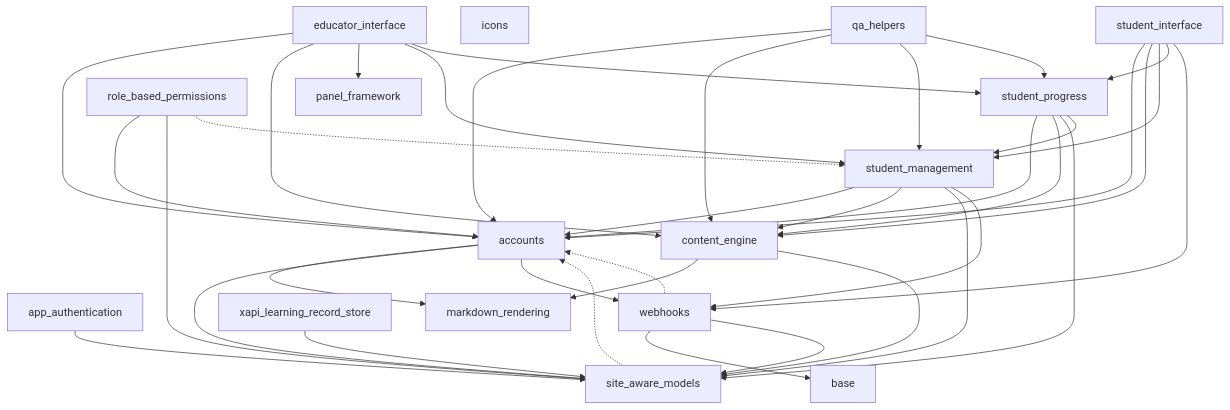
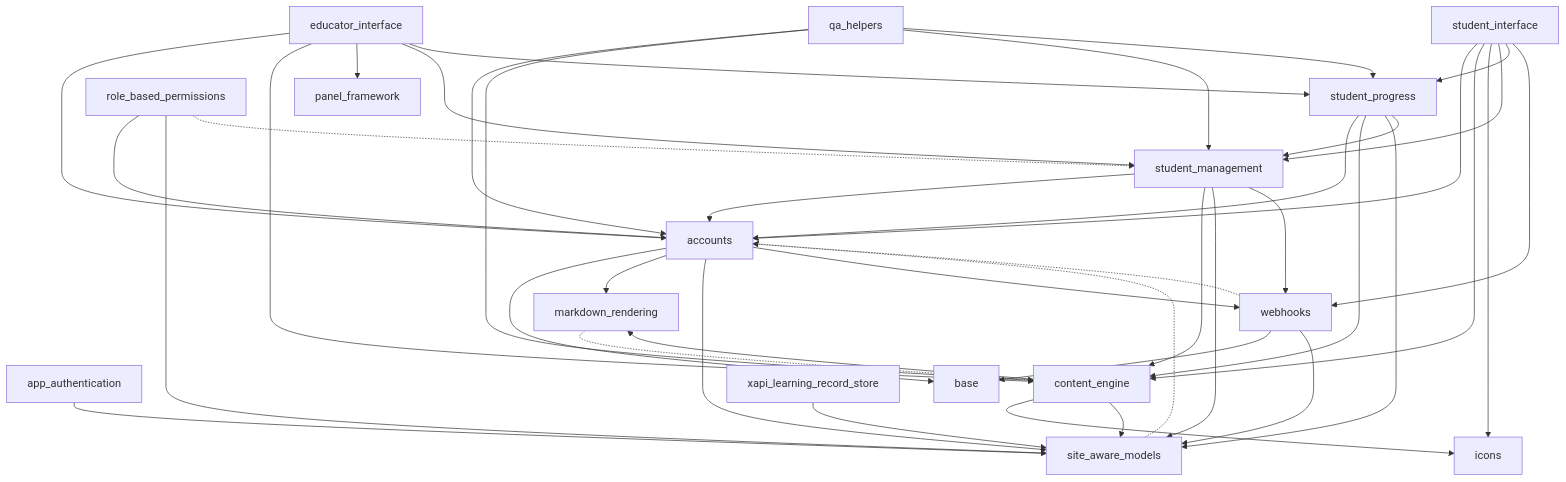
One commit to preludetech/Freedom-LS changed the diagram in docs/app_structure.md. Above: the diagram before and after it, drawn with Mermaid. The commit also changed other lines of this file, not shown here.

````diff
--- a/docs/app_structure.md
+++ b/docs/app_structure.md
@@ -13,55 +13,59 @@
 ```mermaid
 flowchart TB
     accounts
     app_authentication
     base
     content_engine
     educator_interface
     icons
     markdown_rendering
     panel_framework
     qa_helpers
     role_based_permissions
     site_aware_models
     student_interface
     student_management
     student_progress
     webhooks
     xapi_learning_record_store
+    accounts --> base
     accounts --> markdown_rendering
     accounts --> site_aware_models
     accounts --> webhooks
     app_authentication --> site_aware_models
+    content_engine --> icons
     content_engine --> markdown_rendering
     content_engine --> site_aware_models
     educator_interface --> accounts
     educator_interface --> content_engine
     educator_interface --> panel_framework
     educator_interface --> student_management
     educator_interface --> student_progress
     qa_helpers --> accounts
     qa_helpers --> content_engine
     qa_helpers --> student_management
     qa_helpers --> student_progress
     role_based_permissions --> accounts
     role_based_permissions --> site_aware_models
     student_interface --> accounts
     student_interface --> content_engine
+    student_interface --> icons
     student_interface --> student_management
     student_interface --> student_progress
     student_interface --> webhooks
     student_management --> accounts
     student_management --> content_engine
     student_management --> site_aware_models
     student_management --> webhooks
     student_progress --> accounts
     student_progress --> content_engine
     student_progress --> site_aware_models
     student_progress --> student_management
     webhooks --> base
     webhooks --> site_aware_models
     xapi_learning_record_store --> site_aware_models
+    markdown_rendering -.-> content_engine
     role_based_permissions -.-> student_management
     site_aware_models -.-> accounts
     webhooks -.-> accounts
 ```
````
